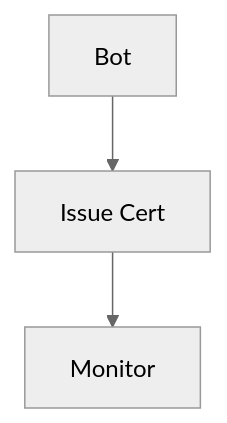
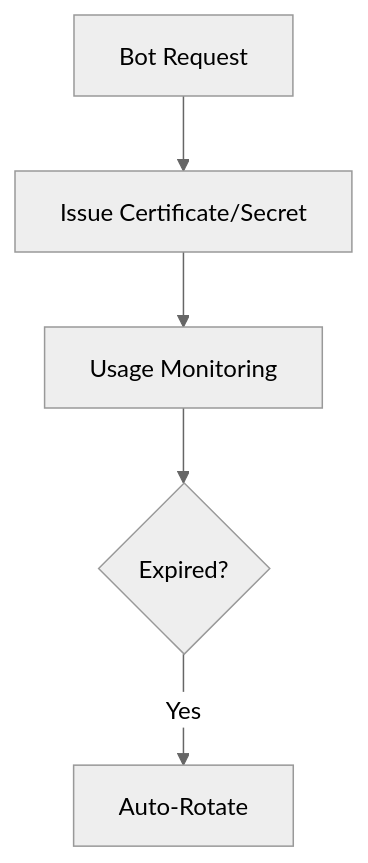
The ninth of 30 diagrams in README.md (Devopstrio/identity-governance-framework), drawn with Mermaid (neutral theme) before and after one commit. The commit also changed other lines of this file, not shown here.

Commit message:
docs: finalize premium institutional-grade README with 30+ diagrams and executive summary

````diff
--- a/README.md
+++ b/README.md
@@ -86,5 +188,7 @@
 ```mermaid
 graph TD
-    Bot[Bot] --> Cert[Issue Cert]
-    Cert --> Monitor[Monitor]
+    Request[Bot Request] --> Issue[Issue Certificate/Secret]
+    Issue --> Monitor[Usage Monitoring]
+    Monitor --> Expiry{Expired?}
+    Expiry -- "Yes" --> Rotate[Auto-Rotate]
 ```
````
